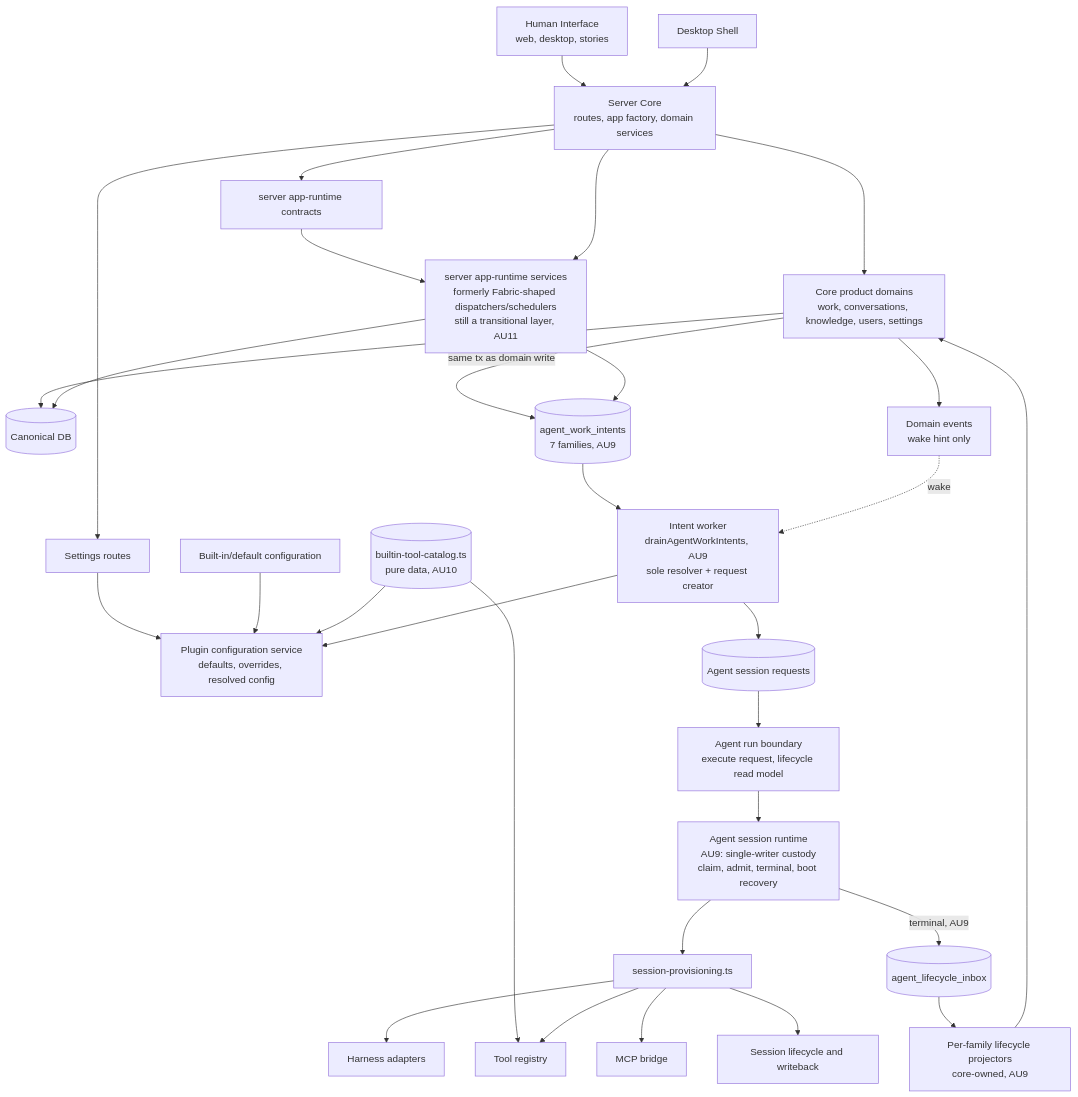
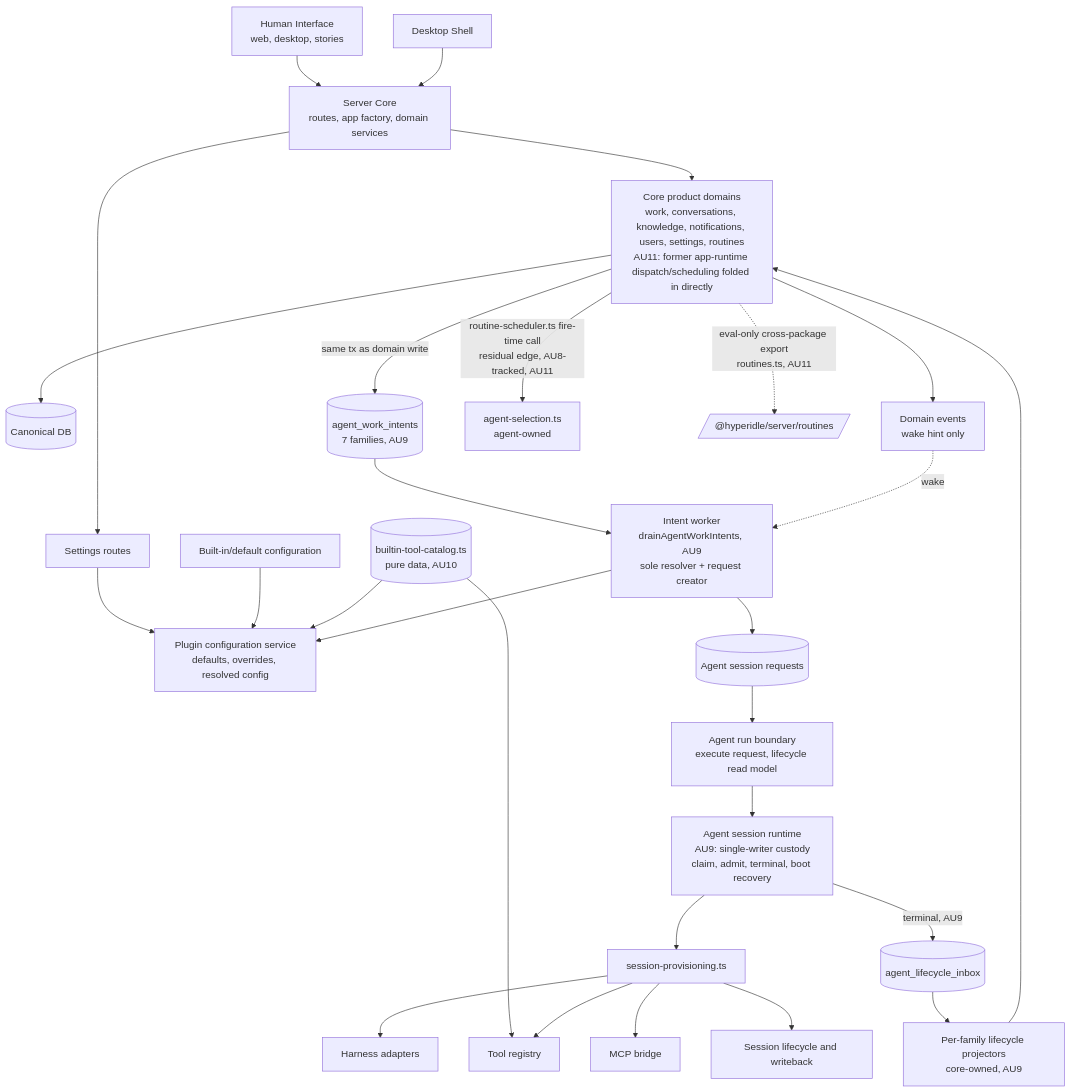
Before and after one commit to idle-builders/hyperidle: the first of 2 diagrams in plans/strategy-kernel-plugin-split/as-is-vs-should-dependency-graph.md, drawn with Mermaid. The commit also changed other lines of this file, not shown here.

First line of the commit message:
docs: update AU dependency graph for AU10-merged and AU11-shipped status

````diff
--- a/plans/strategy-kernel-plugin-split/as-is-vs-should-dependency-graph.md
+++ b/plans/strategy-kernel-plugin-split/as-is-vs-should-dependency-graph.md
@@ -137,40 +197,37 @@
 ```mermaid
 flowchart TD
   HumanInterface[Human Interface<br/>web, desktop, stories] --> ServerCore[Server Core<br/>routes, app factory, domain services]
   DesktopShell[Desktop Shell] --> ServerCore
 
-  ServerCore --> CoreDomains[Core product domains<br/>work, conversations, knowledge, users, settings]
+  ServerCore --> CoreDomains[Core product domains<br/>work, conversations, knowledge, notifications, users, settings, routines<br/>AU11: former app-runtime dispatch/scheduling folded in directly]
   CoreDomains --> CanonicalStore[(Canonical DB)]
   CoreDomains --> DomainEvents[Domain events<br/>wake hint only]
   CoreDomains -- "same tx as domain write" --> AgentWorkIntents[(agent_work_intents<br/>7 families, AU9)]
 
   ServerCore --> SettingsRoutes[Settings routes]
   SettingsRoutes --> PluginConfig[Plugin configuration service<br/>defaults, overrides, resolved config]
   BuiltInDefaults[Built-in/default configuration] --> PluginConfig
   BuiltInToolCatalog[(builtin-tool-catalog.ts<br/>pure data, AU10)] --> PluginConfig
   BuiltInToolCatalog --> ToolRegistry
 
   AgentWorkIntents --> IntentWorker[Intent worker<br/>drainAgentWorkIntents, AU9<br/>sole resolver + request creator]
   DomainEvents -.wake.-> IntentWorker
   IntentWorker --> PluginConfig
   IntentWorker --> AgentSessionRequests[(Agent session requests)]
 
   AgentSessionRequests --> AgentRunBoundary[Agent run boundary<br/>execute request, lifecycle read model]
   AgentRunBoundary --> AgentSessionRuntime[Agent session runtime<br/>AU9: single-writer custody<br/>claim, admit, terminal, boot recovery]
   AgentSessionRuntime --> SessionProvisioning[session-provisioning.ts]
   SessionProvisioning --> HarnessAdapters[Harness adapters]
   SessionProvisioning --> ToolRegistry[Tool registry]
   SessionProvisioning --> McpBridge[MCP bridge]
   SessionProvisioning --> SessionLifecycle[Session lifecycle and writeback]
 
   AgentSessionRuntime -- "terminal, AU9" --> LifecycleInbox[(agent_lifecycle_inbox)]
   LifecycleInbox --> LifecycleProjectors[Per-family lifecycle projectors<br/>core-owned, AU9]
   LifecycleProjectors --> CoreDomains
 
-  ServerCore --> AppRuntimeContracts[server app-runtime contracts]
-  AppRuntimeContracts --> AppRuntimeServices
+  CoreDomains -- "routine-scheduler.ts fire-time call<br/>residual edge, AU8-tracked, AU11" --> AgentSelection[agent-selection.ts<br/>agent-owned]
 
-  ServerCore --> AppRuntimeServices[server app-runtime services<br/>formerly Fabric-shaped dispatchers/schedulers<br/>still a transitional layer, AU11]
-  AppRuntimeServices --> AgentWorkIntents
-  AppRuntimeServices --> CanonicalStore
+  CoreDomains -. "eval-only cross-package export<br/>routines.ts, AU11" .-> RoutinesExport[/"@hyperidle/server/routines"/]
 ```
````
